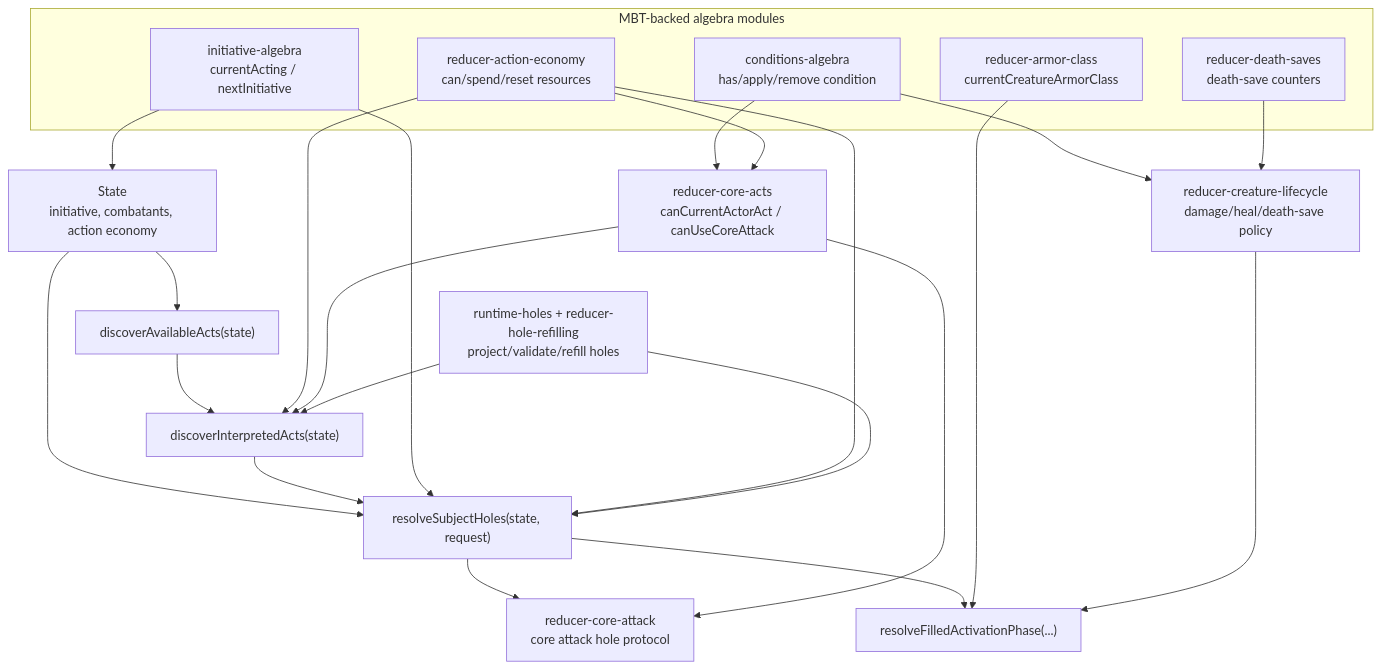
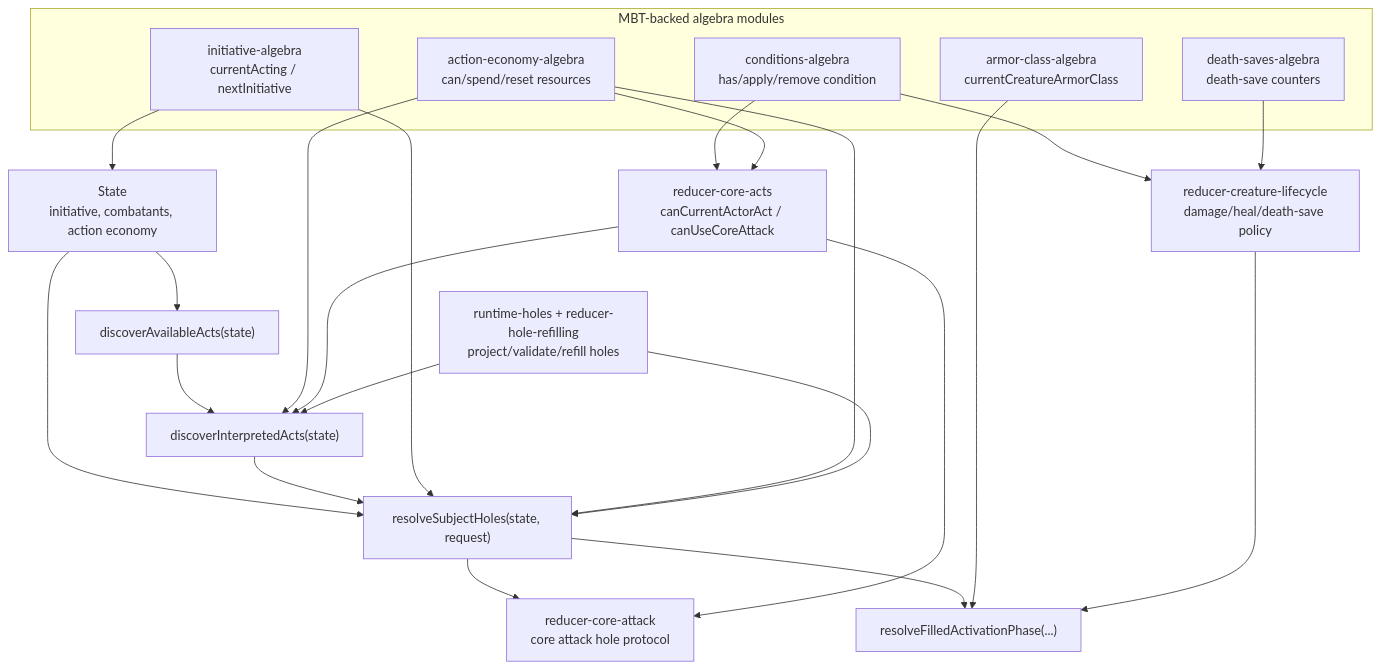
One commit to dearlordylord/5e-quint changed the second of 6 diagrams in packages/surface-runtime-correction/MBT_TO_REDUCER_GRAPH.md. Above: the diagram before and after it, drawn with Mermaid. The commit also changed other lines of this file and 35 other files, not shown here.

````diff
--- a/packages/surface-runtime-correction/MBT_TO_REDUCER_GRAPH.md
+++ b/packages/surface-runtime-correction/MBT_TO_REDUCER_GRAPH.md
@@ -77,42 +83,42 @@
 ```mermaid
 flowchart TD
   State["State<br/>initiative, combatants, action economy"]
   Discovery["discoverAvailableActs(state)"]
   Interpreted["discoverInterpretedActs(state)"]
   Resolve["resolveSubjectHoles(state, request)"]
   Phase["resolveFilledActivationPhase(...)"]
 
   subgraph Algebra["MBT-backed algebra modules"]
     Initiative["initiative-algebra<br/>currentActing / nextInitiative"]
     Conditions["conditions-algebra<br/>has/apply/remove condition"]
-    Action["reducer-action-economy<br/>can/spend/reset resources"]
-    Armor["reducer-armor-class<br/>currentCreatureArmorClass"]
-    Death["reducer-death-saves<br/>death-save counters"]
+    Action["action-economy-algebra<br/>can/spend/reset resources"]
+    Armor["armor-class-algebra<br/>currentCreatureArmorClass"]
+    Death["death-saves-algebra<br/>death-save counters"]
   end
 
   Lifecycle["reducer-creature-lifecycle<br/>damage/heal/death-save policy"]
   CoreActs["reducer-core-acts<br/>canCurrentActorAct / canUseCoreAttack"]
   CoreAttack["reducer-core-attack<br/>core attack hole protocol"]
   Holes["runtime-holes + reducer-hole-refilling<br/>project/validate/refill holes"]
 
   State --> Discovery --> Interpreted
   State --> Resolve
   Interpreted --> Resolve
   Resolve --> CoreAttack
   Resolve --> Phase
 
   Initiative --> State
   Initiative --> Resolve
   Conditions --> CoreActs
   Conditions --> Lifecycle
   Action --> CoreActs
   Action --> Interpreted
   Action --> Resolve
   Armor --> Phase
   Death --> Lifecycle
   Lifecycle --> Phase
   CoreActs --> Interpreted
   CoreActs --> CoreAttack
   Holes --> Interpreted
   Holes --> Resolve
 ```
````
